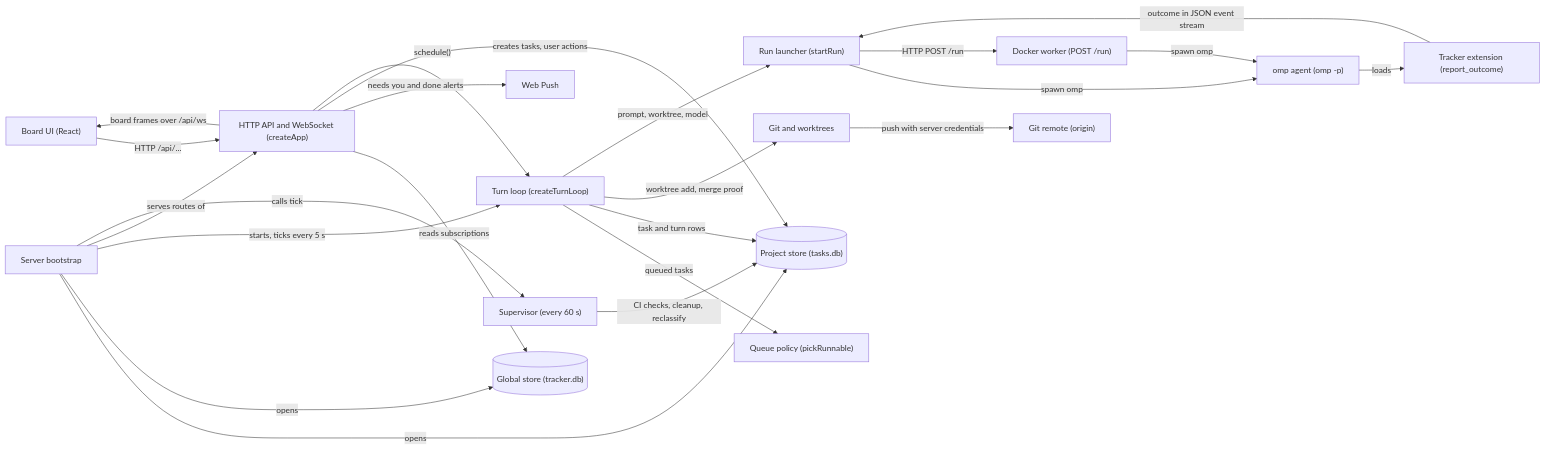
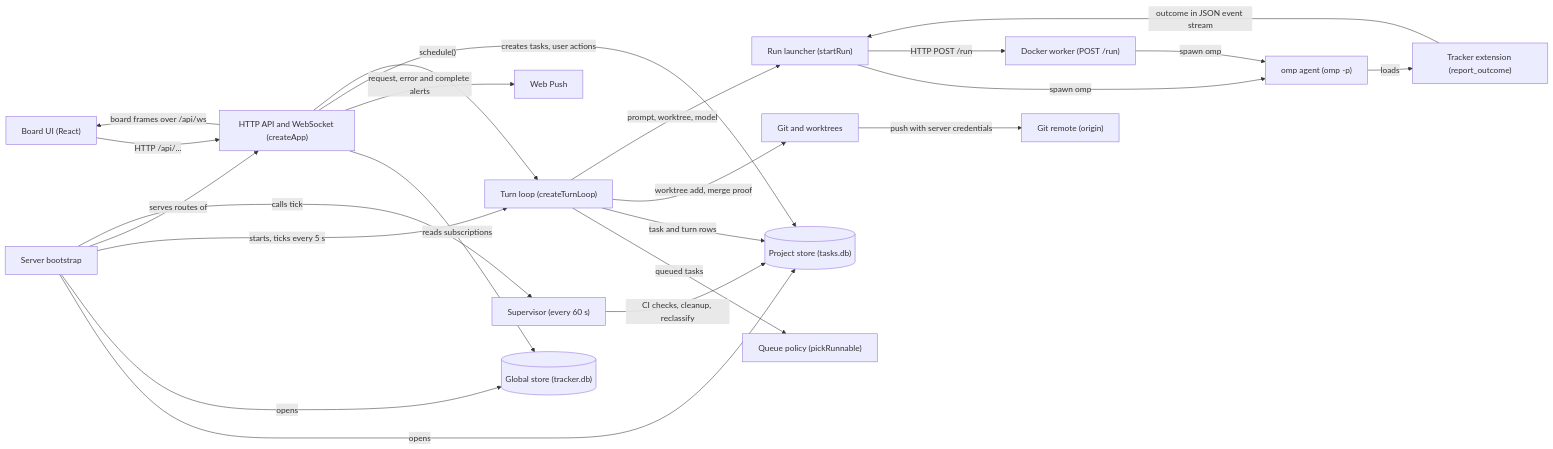
Before and after one commit to ottr-ai/ottr: the first of 4 diagrams in docs/how-it-works.md, drawn with Mermaid. The commit also changed other lines of this file and 20 other files, not shown here.

````diff
--- a/docs/how-it-works.md
+++ b/docs/how-it-works.md
@@ -7,41 +7,41 @@
 ```mermaid
 flowchart LR
   ui["Board UI (React)"]
   app["HTTP API and WebSocket (createApp)"]
   push["Web Push"]
   server["Server bootstrap"]
   supervisor["Supervisor (every 60 s)"]
   turnLoop["Turn loop (createTurnLoop)"]
   scheduler["Queue policy (pickRunnable)"]
   projectStore[("Project store (tasks.db)")]
   globalStore[("Global store (tracker.db)")]
   runner["Run launcher (startRun)"]
   worker["Docker worker (POST /run)"]
   omp["omp agent (omp -p)"]
   ext["Tracker extension (report_outcome)"]
   git["Git and worktrees"]
   remote["Git remote (origin)"]
 
   ui -->|"HTTP /api/..."| app
   app -->|"board frames over /api/ws"| ui
   app -->|"reads subscriptions"| globalStore
-  app -->|"needs you and done alerts"| push
+  app -->|"request, error and complete alerts"| push
   server -->|"opens"| projectStore
   server -->|"opens"| globalStore
   server -->|"starts, ticks every 5 s"| turnLoop
   server -->|"serves routes of"| app
   server -->|"calls tick"| supervisor
   app -->|"creates tasks, user actions"| projectStore
   app -->|"schedule()"| turnLoop
   turnLoop -->|"queued tasks"| scheduler
   turnLoop -->|"task and turn rows"| projectStore
   turnLoop -->|"worktree add, merge proof"| git
   turnLoop -->|"prompt, worktree, model"| runner
   runner -->|"spawn omp"| omp
   runner -->|"HTTP POST /run"| worker
   worker -->|"spawn omp"| omp
   omp -->|"loads"| ext
   ext -->|"outcome in JSON event stream"| runner
   git -->|"push with server credentials"| remote
   supervisor -->|"CI checks, cleanup, reclassify"| projectStore
 ```
````
